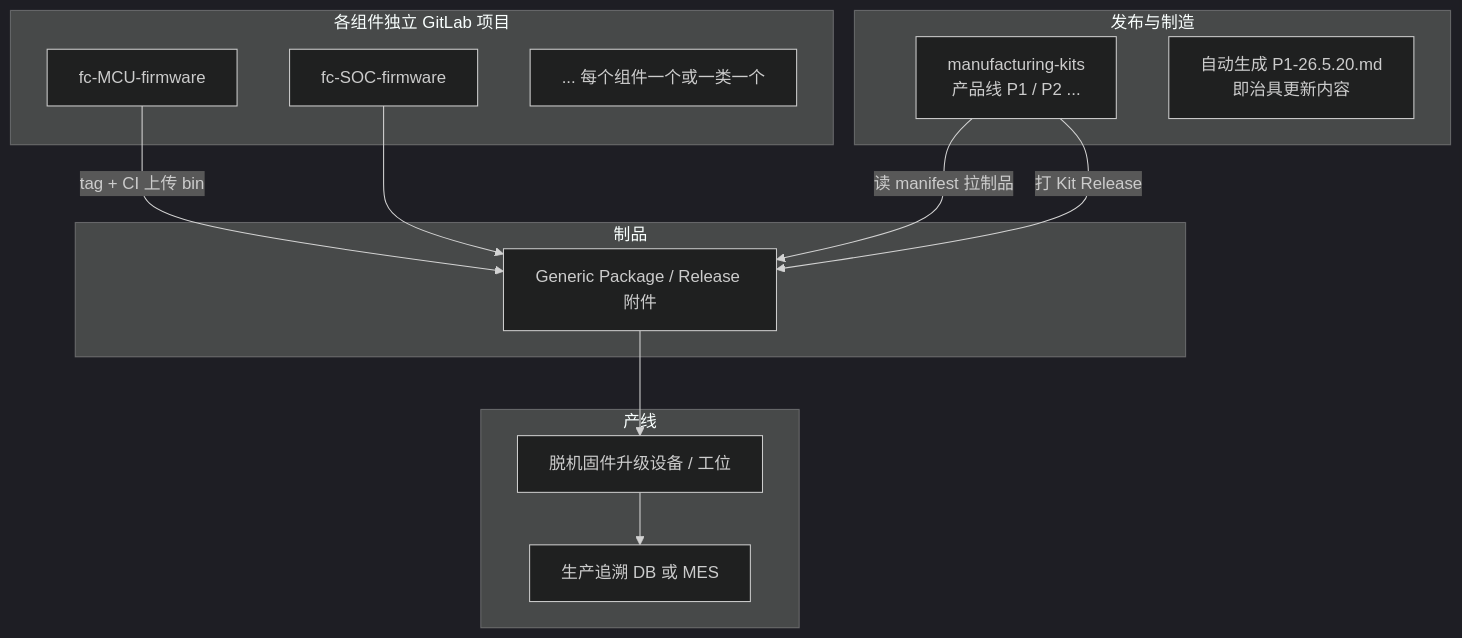
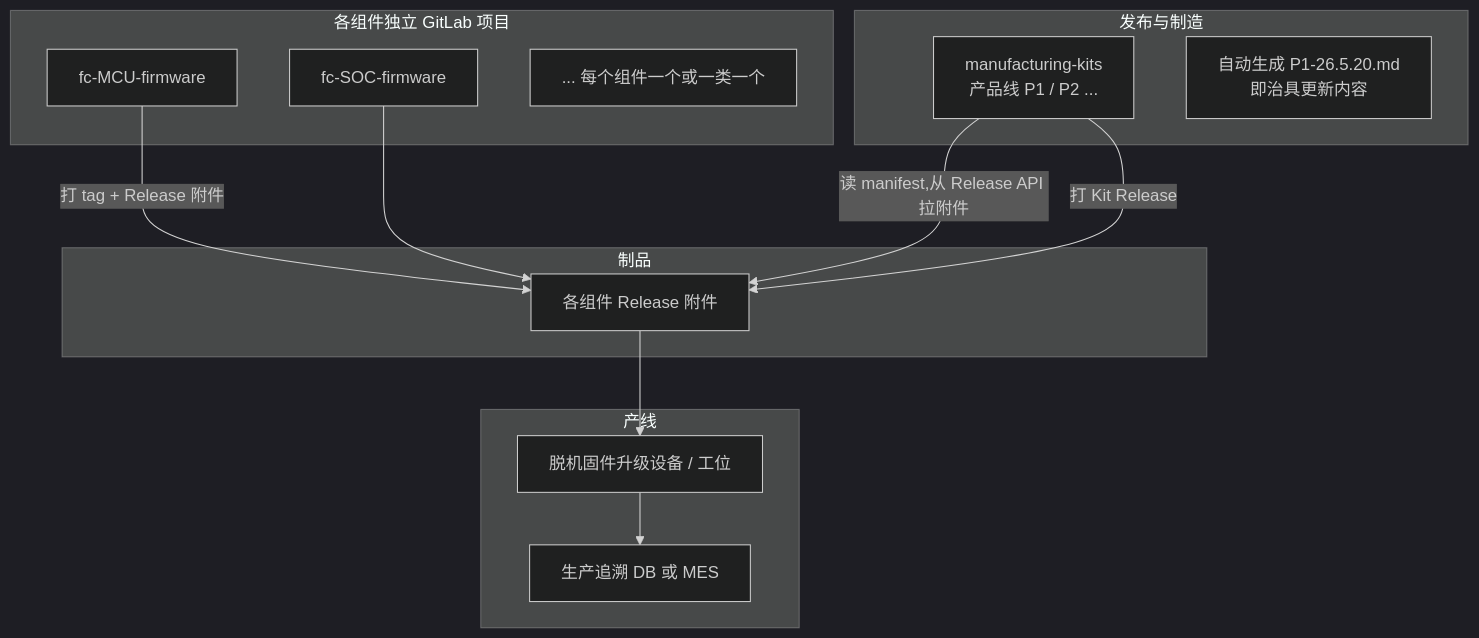
The second of 2 diagrams in _posts/2026-05-19-Gitlab-Artifacts.md (elmagnificogi/elmagnificogi.github.io), drawn with Mermaid (dark theme) before and after one commit. The commit also changed other lines of this file, not shown here.

````diff
--- a/_posts/2026-05-19-Gitlab-Artifacts.md
+++ b/_posts/2026-05-19-Gitlab-Artifacts.md
@@ -79,29 +79,29 @@
 ```mermaid
 flowchart TB
   subgraph component_repos [各组件独立 GitLab 项目]
     R1[fc-MCU-firmware]
     R2[fc-SOC-firmware]
     Rn[... 每个组件一个或一类一个]
   end
 
   subgraph meta [发布与制造]
     MR[manufacturing-kits<br/>产品线 P1 / P2 ...]
     DOC[自动生成 P1-26.5.20.md<br/>即治具更新内容]
   end
 
   subgraph registry [制品]
-    PKG[Generic Package / Release 附件]
+    PKG[各组件 Release 附件]
   end
 
   subgraph line [产线]
     OFF[脱机固件升级设备 / 工位]
     LOG[生产追溯 DB 或 MES]
   end
 
-  R1 -->|tag + CI 上传 bin| PKG
+  R1 -->|打 tag + Release 附件| PKG
   R2 --> PKG
-  MR -->|读 manifest 拉制品| PKG
+  MR -->|读 manifest,从 Release API 拉附件| PKG
   MR -->|打 Kit Release| PKG
   PKG --> OFF
   OFF --> LOG
 ```
````
